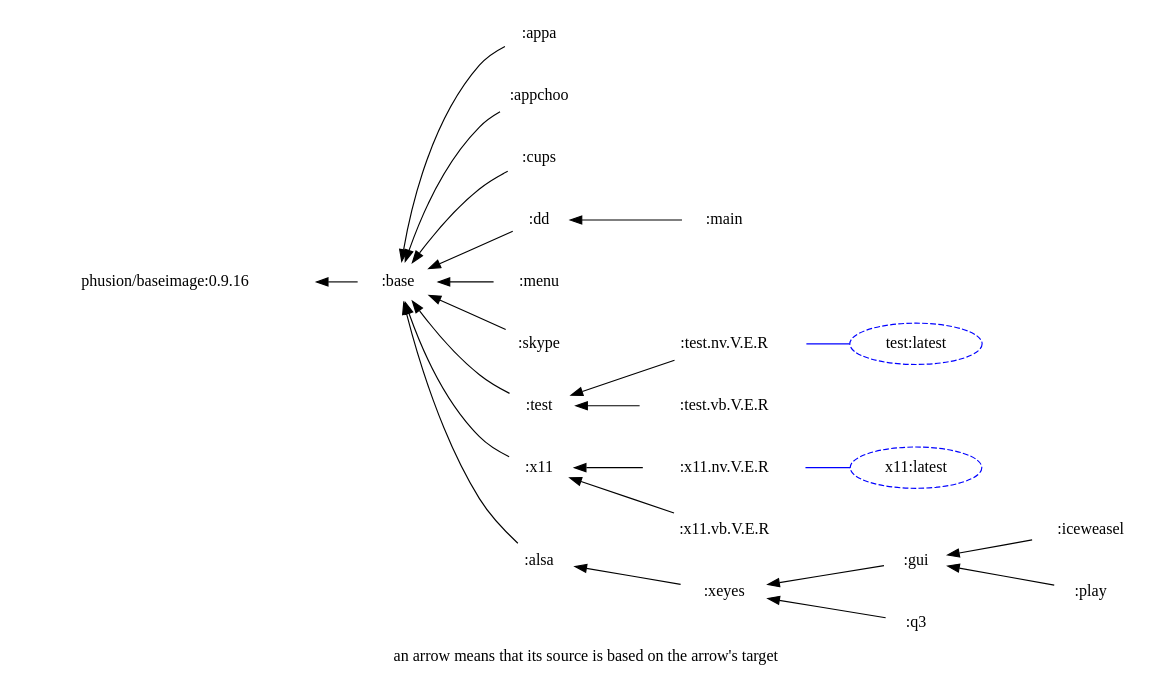
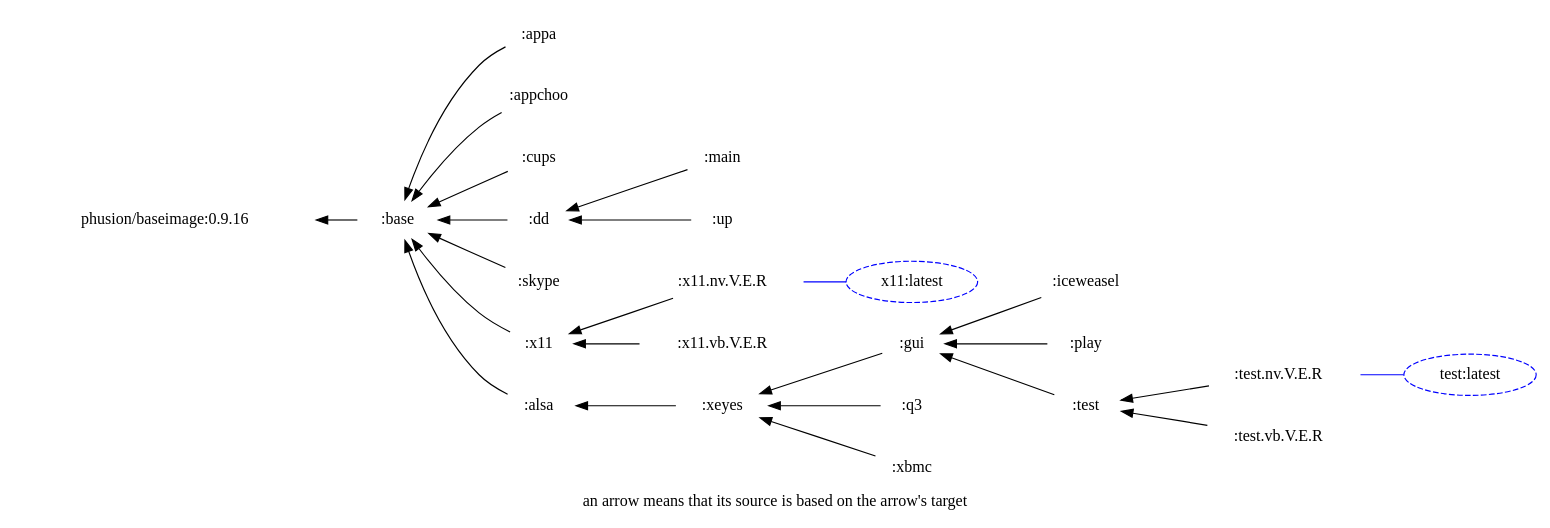
Before and after one commit to hilbert/hilbert-docker-images: the diagram in deps.dot, drawn with Graphviz. The commit also changed 56 other files, not shown here.

```diff
--- a/deps.dot
+++ b/deps.dot
@@ -1,26 +1,27 @@
 digraph deps{ graph [label="an arrow means that its source is based on the arrow's target", labelloc=b]; node [color=white]; rankdir = RL;
 ":alsa" -> ":base" ;
 ":appa" -> ":base" ;
 ":appchoo" -> ":base" ;
 ":base" -> "phusion/baseimage:0.9.16" ;
 ":cups" -> ":base" ;
 ":dd" -> ":base" ;
 ":gui" -> ":xeyes" ;
 ":iceweasel" -> ":gui" ;
 ":main" -> ":dd" ;
-":menu" -> ":base" ;
 ":play" -> ":gui" ;
 ":q3" -> ":xeyes" ;
 ":skype" -> ":base" ;
-":test" -> ":base" ;
+":test" -> ":gui" ;
+":up" -> ":dd" ;
 ":x11" -> ":base" ;
+":xbmc" -> ":xeyes" ;
 ":xeyes" -> ":alsa" ;
 ":x11.nv.V.E.R" -> ":x11" ;
 ":x11.vb.V.E.R" -> ":x11" ;
 ":test.nv.V.E.R" -> ":test" ;
 ":test.vb.V.E.R" -> ":test" ;
 "x11:latest" -> ":x11.nv.V.E.R" [dir=none color="blue" ] ;
 "test:latest" -> ":test.nv.V.E.R" [dir=none color="blue" ] ;
 "x11:latest" [color="blue" style="dashed"]; 
 "test:latest" [color="blue" style="dashed"]; 
 }
```
